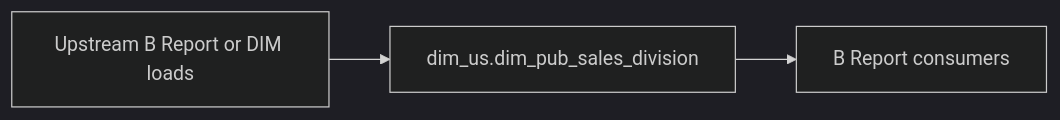
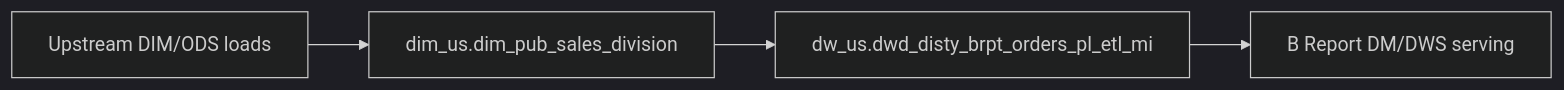
The diagram in backend/defaults/b_report/workspace/target/knowledgebase/b-report-us/dim_pub_sales_division.md (chengduhaha/data_agent), drawn with Mermaid (dark theme) before and after one commit. The commit also changed other lines of this file and 1108 other files, not shown here.

````diff
--- a/backend/defaults/b_report/workspace/target/knowledgebase/b-report-us/dim_pub_sales_division.md
+++ b/backend/defaults/b_report/workspace/target/knowledgebase/b-report-us/dim_pub_sales_division.md
@@ -121,8 +133,10 @@
 ```mermaid
 flowchart LR
-  upstream[Upstream B Report or DIM loads]
-  tgt["dim_us.dim_pub_sales_division"]
-  brpt[B Report consumers]
-  upstream --> tgt
-  tgt --> brpt
+  upstream["Upstream DIM/ODS loads"]
+  dim["dim_us.dim_pub_sales_division"]
+  hub["dw_us.dwd_disty_brpt_orders_pl_etl_mi"]
+  dm["B Report DM/DWS serving"]
+  upstream --> dim
+  dim --> hub
+  hub --> dm
 ```
````
